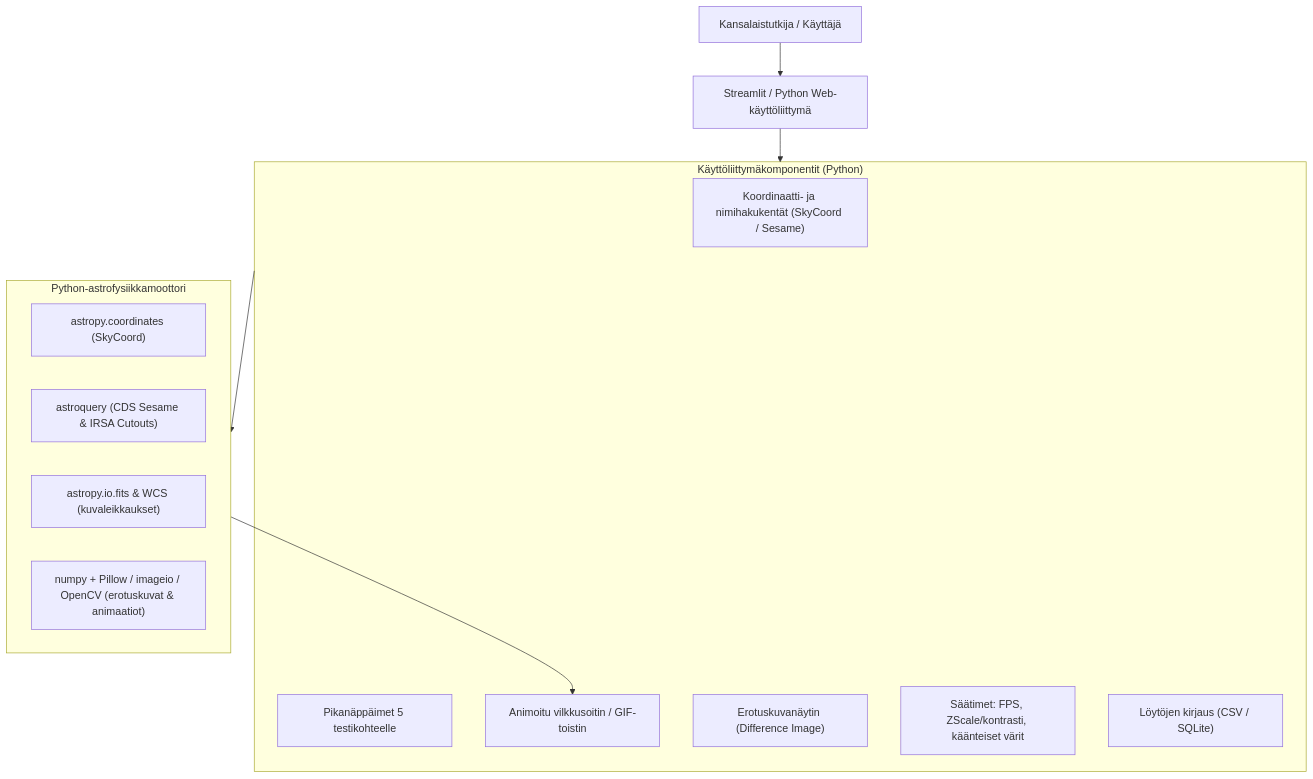
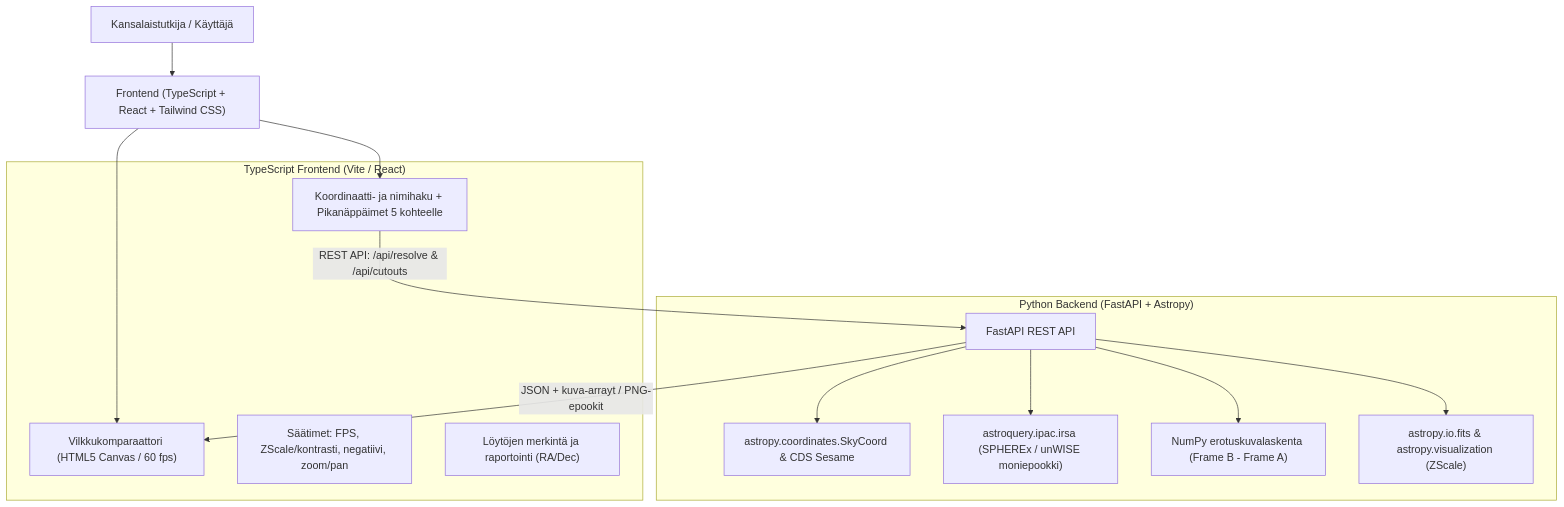
One commit to TEEPERUNA/PlanetXSPHEREx changed the first of 2 diagrams in PLAN.md. Above: the diagram before and after it, drawn with Mermaid. The commit also changed other lines of this file, not shown here.

Commit message:
docs: päivitä suunnitelma TypeScript-frontend + Python-backend -arkkitehtuurille

````diff
--- a/PLAN.md
+++ b/PLAN.md
@@ -27,24 +27,28 @@
 ```mermaid
 flowchart TD
-    User["Kansalaistutkija / Käyttäjä"] --> UI["Streamlit / Python Web-käyttöliittymä"]
+    User["Kansalaistutkija / Käyttäjä"] --> UI["Frontend (TypeScript + React + Tailwind CSS)"]
     
-    subgraph UIComponents["Käyttöliittymäkomponentit (Python)"]
-        Search["Koordinaatti- ja nimihakukentät (SkyCoord / Sesame)"]
-        Presets["Pikanäppäimet 5 testikohteelle"]
-        Viewer["Animoitu vilkkusoitin / GIF-toistin"]
-        DiffViewer["Erotuskuvanäytin (Difference Image)"]
-        Sliders["Säätimet: FPS, ZScale/kontrasti, käänteiset värit"]
-        Report["Löytöjen kirjaus (CSV / SQLite)"]
+    subgraph Frontend["TypeScript Frontend (Vite / React)"]
+        Search["Koordinaatti- ja nimihaku + Pikanäppäimet 5 kohteelle"]
+        CanvasPlayer["Vilkkukomparaattori (HTML5 Canvas / 60 fps)"]
+        Filters["Säätimet: FPS, ZScale/kontrasti, negatiivi, zoom/pan"]
+        ReportModal["Löytöjen merkintä ja raportointi (RA/Dec)"]
     end
     
-    subgraph AstroBackend["Python-astrofysiikkamoottori"]
-        AstroCoord["astropy.coordinates (SkyCoord)"]
-        AstroQuery["astroquery (CDS Sesame & IRSA Cutouts)"]
-        FITSProc["astropy.io.fits & WCS (kuvaleikkaukset)"]
-        ImgProc["numpy + Pillow / imageio / OpenCV (erotuskuvat & animaatiot)"]
+    subgraph Backend["Python Backend (FastAPI + Astropy)"]
+        API["FastAPI REST API"]
+        CoordResolver["astropy.coordinates.SkyCoord & CDS Sesame"]
+        DataPipeline["astroquery.ipac.irsa (SPHEREx / unWISE moniepookki)"]
+        DiffEngine["NumPy erotuskuvalaskenta (Frame B - Frame A)"]
+        FitsEngine["astropy.io.fits & astropy.visualization (ZScale)"]
     end
 
-    UI --> UIComponents
-    UIComponents --> AstroBackend
-    AstroBackend --> Viewer
+    UI --> Search
+    UI --> CanvasPlayer
+    Search -->|REST API: /api/resolve & /api/cutouts| API
+    API --> CoordResolver
+    API --> DataPipeline
+    API --> FitsEngine
+    API --> DiffEngine
+    API -->|JSON + kuva-arrayt / PNG-epookit| CanvasPlayer
 ```
````
